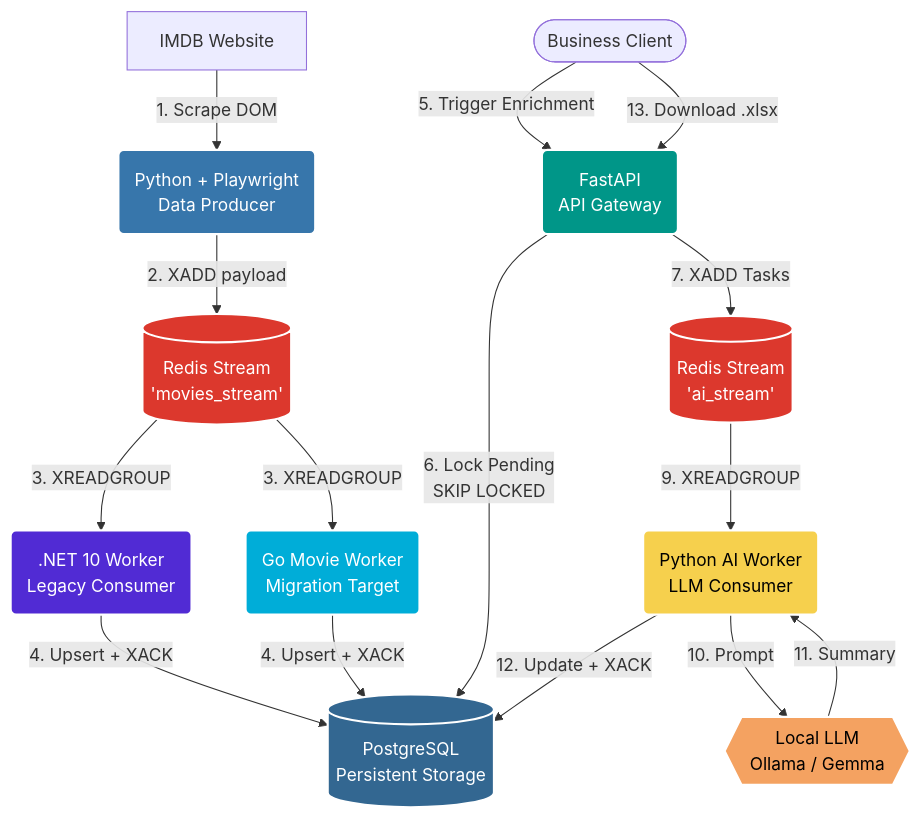
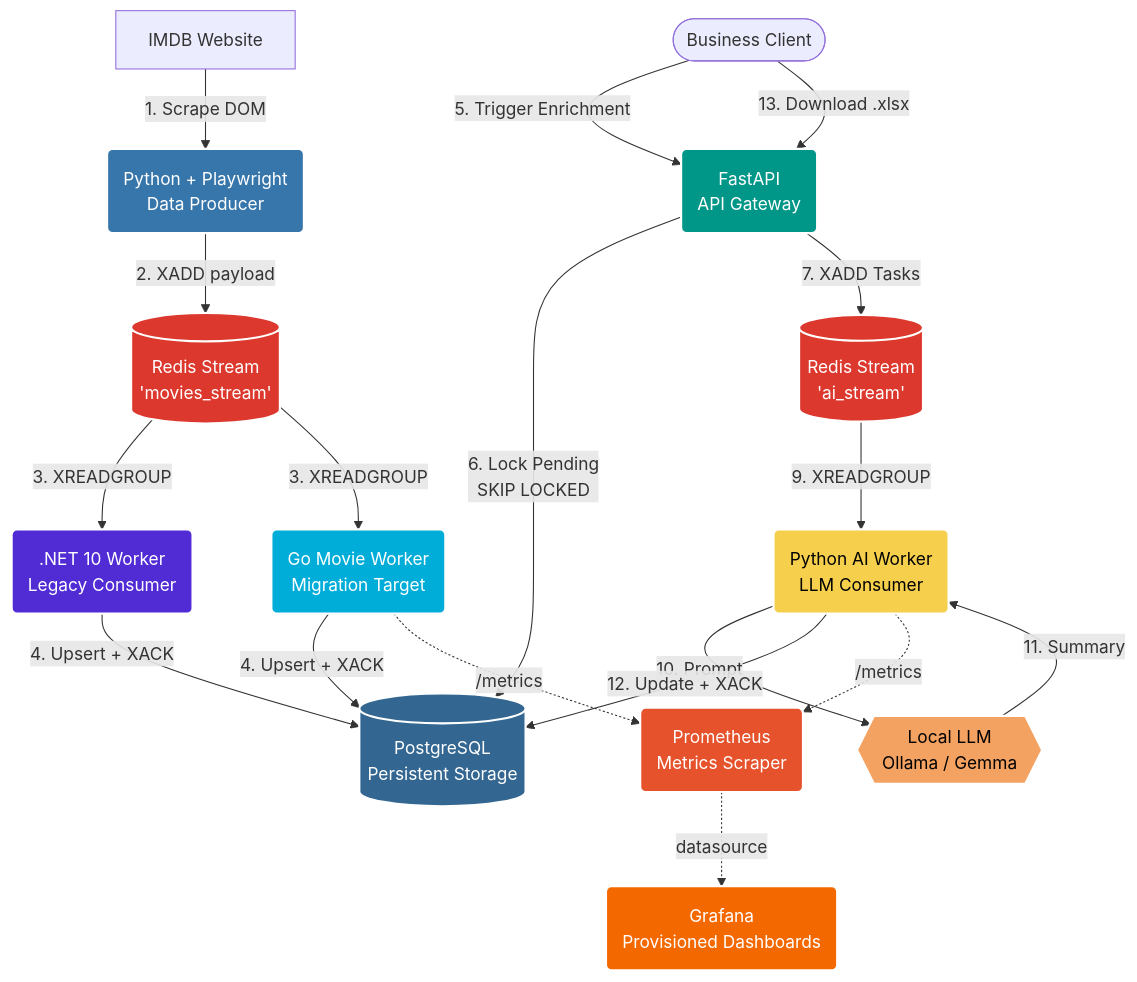
The diagram in README.md (Legon2k/imdb-ai-pipeline), drawn with Mermaid before and after one commit. The commit also changed other lines of this file and 17 other files, not shown here.

First line of the commit message:
Feature/logs improving; promethues+graphana migration to Golang justification (#10)

````diff
--- a/README.md
+++ b/README.md
@@ -9,44 +9,52 @@
 ```mermaid
 graph TD
     %% Define Nodes
     Client([Business Client])
     IMDB[IMDB Website]
     Scraper(Python + Playwright<br/>Data Producer)
     RedisMovies[(Redis Stream<br/>'movies_stream')]
     WorkerNET(.NET 10 Worker<br/>Legacy Consumer)
     WorkerGo(Go Movie Worker<br/>Migration Target)
     DB[(PostgreSQL<br/>Persistent Storage)]
     API(FastAPI<br/>API Gateway)
     RedisAI[(Redis Stream<br/>'ai_stream')]
     WorkerAI(Python AI Worker<br/>LLM Consumer)
     LLM{{Local LLM<br/>Ollama / Gemma}}
+    Prometheus(Prometheus<br/>Metrics Scraper)
+    Grafana(Grafana<br/>Provisioned Dashboards)
 
     %% Define Flow
     IMDB -- 1. Scrape DOM --> Scraper
     Scraper -- 2. XADD payload --> RedisMovies
     RedisMovies -- 3. XREADGROUP --> WorkerNET
     RedisMovies -- 3. XREADGROUP --> WorkerGo
     WorkerNET -- 4. Upsert + XACK --> DB
     WorkerGo -- 4. Upsert + XACK --> DB
     
     Client -- 5. Trigger Enrichment --> API
     API -- 6. Lock Pending<br/>SKIP LOCKED --> DB
     API -- 7. XADD Tasks --> RedisAI
     RedisAI -- 9. XREADGROUP --> WorkerAI
     WorkerAI -- 10. Prompt --> LLM
     LLM -- 11. Summary --> WorkerAI
     WorkerAI -- 12. Update + XACK --> DB
+
+    WorkerGo -. /metrics .-> Prometheus
+    WorkerAI -. /metrics .-> Prometheus
+    Prometheus -. datasource .-> Grafana
     
     Client -- 13. Download .xlsx --> API
 
     %% Styling
     style Scraper fill:#3776ab,stroke:#fff,stroke-width:2px,color:#fff
     style RedisMovies fill:#dc382d,stroke:#fff,stroke-width:2px,color:#fff
     style RedisAI fill:#dc382d,stroke:#fff,stroke-width:2px,color:#fff
     style WorkerNET fill:#512bd4,stroke:#fff,stroke-width:2px,color:#fff
     style WorkerGo fill:#00add8,stroke:#fff,stroke-width:2px,color:#fff
     style DB fill:#336791,stroke:#fff,stroke-width:2px,color:#fff
     style API fill:#009688,stroke:#fff,stroke-width:2px,color:#fff
     style WorkerAI fill:#f6d04d,stroke:#fff,stroke-width:2px,color:#000
     style LLM fill:#f4a261,stroke:#fff,stroke-width:2px,color:#000
+    style Prometheus fill:#e6522c,stroke:#fff,stroke-width:2px,color:#fff
+    style Grafana fill:#f46800,stroke:#fff,stroke-width:2px,color:#fff
 ```
````
